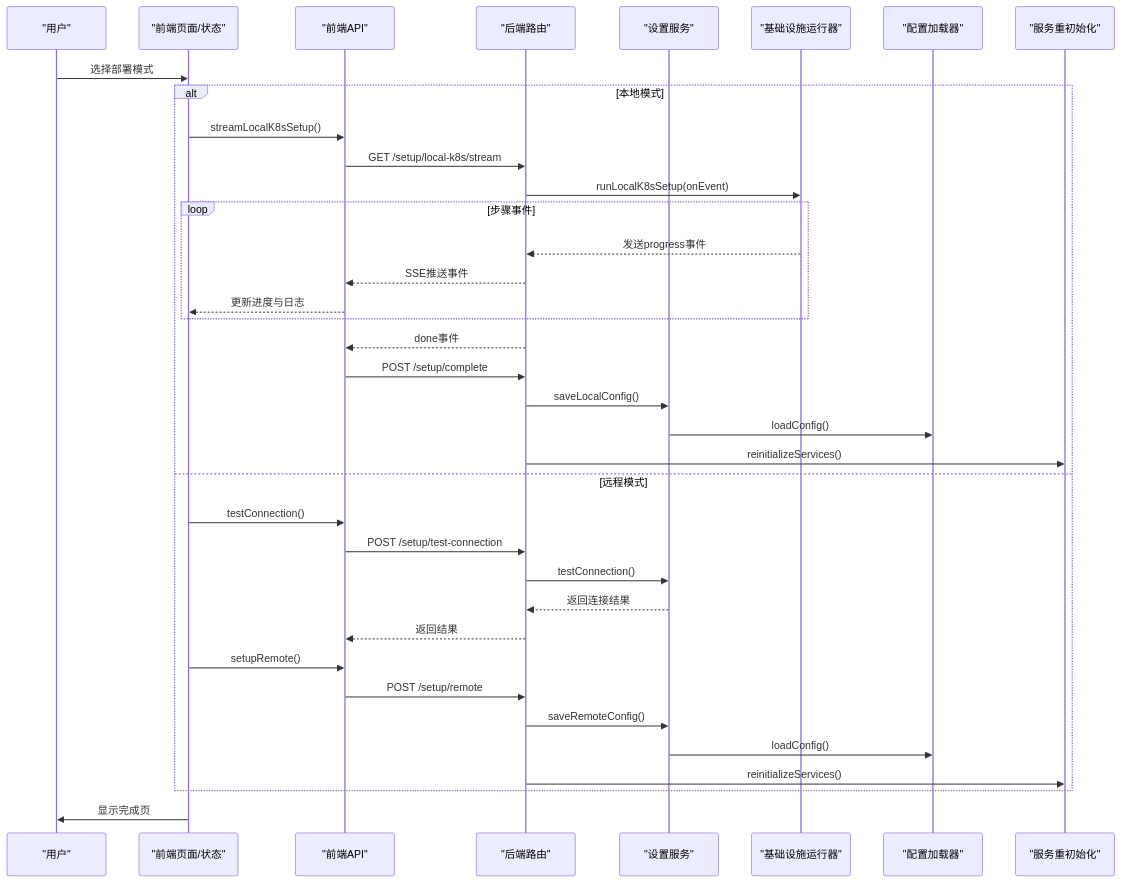
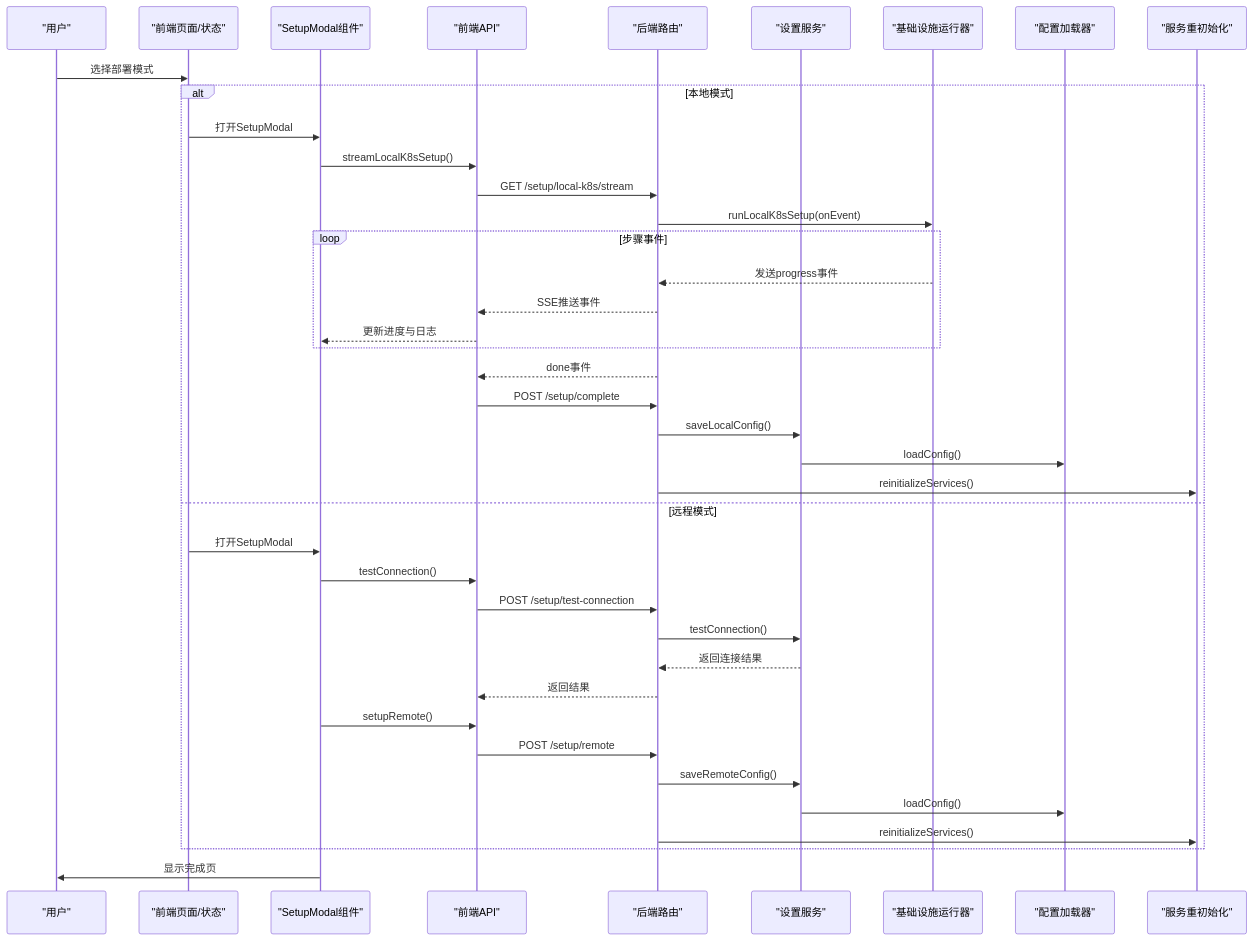
Before and after one commit to RabbitAI-Lab/Sandbox-Manager: the second of 4 diagrams in .qoder/repowiki/zh/content/前端应用架构/API客户端层/设置向导API.md, drawn with Mermaid. The commit also changed other lines of this file and 15 other files, not shown here.

````diff
--- a/.qoder/repowiki/zh/content/前端应用架构/API客户端层/设置向导API.md
+++ b/.qoder/repowiki/zh/content/前端应用架构/API客户端层/设置向导API.md
@@ -115,39 +135,42 @@
 ```mermaid
 sequenceDiagram
 participant U as "用户"
 participant FE as "前端页面/状态"
+participant MODAL as "SetupModal组件"
 participant API as "前端API"
 participant RT as "后端路由"
 participant SVC as "设置服务"
 participant INF as "基础设施运行器"
 participant CFG as "配置加载器"
 participant SRV as "服务重初始化"
 U->>FE : 选择部署模式
 alt 本地模式
-FE->>API : streamLocalK8sSetup()
+FE->>MODAL : 打开SetupModal
+MODAL->>API : streamLocalK8sSetup()
 API->>RT : GET /setup/local-k8s/stream
 RT->>INF : runLocalK8sSetup(onEvent)
 loop 步骤事件
 INF-->>RT : 发送progress事件
 RT-->>API : SSE推送事件
-API-->>FE : 更新进度与日志
+API-->>MODAL : 更新进度与日志
 end
 RT-->>API : done事件
 API->>RT : POST /setup/complete
 RT->>SVC : saveLocalConfig()
 SVC->>CFG : loadConfig()
 RT->>SRV : reinitializeServices()
 else 远程模式
-FE->>API : testConnection()
+FE->>MODAL : 打开SetupModal
+MODAL->>API : testConnection()
 API->>RT : POST /setup/test-connection
 RT->>SVC : testConnection()
 SVC-->>RT : 返回连接结果
 RT-->>API : 返回结果
-FE->>API : setupRemote()
+MODAL->>API : setupRemote()
 API->>RT : POST /setup/remote
 RT->>SVC : saveRemoteConfig()
 SVC->>CFG : loadConfig()
 RT->>SRV : reinitializeServices()
 end
-FE->>U : 显示完成页
+MODAL->>U : 显示完成页
 ```
````
